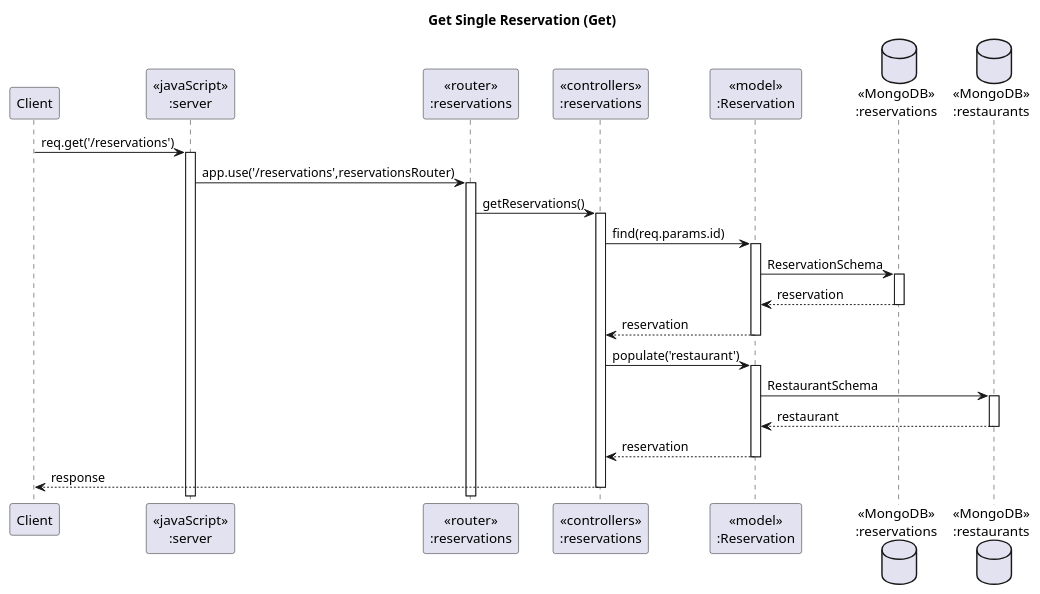
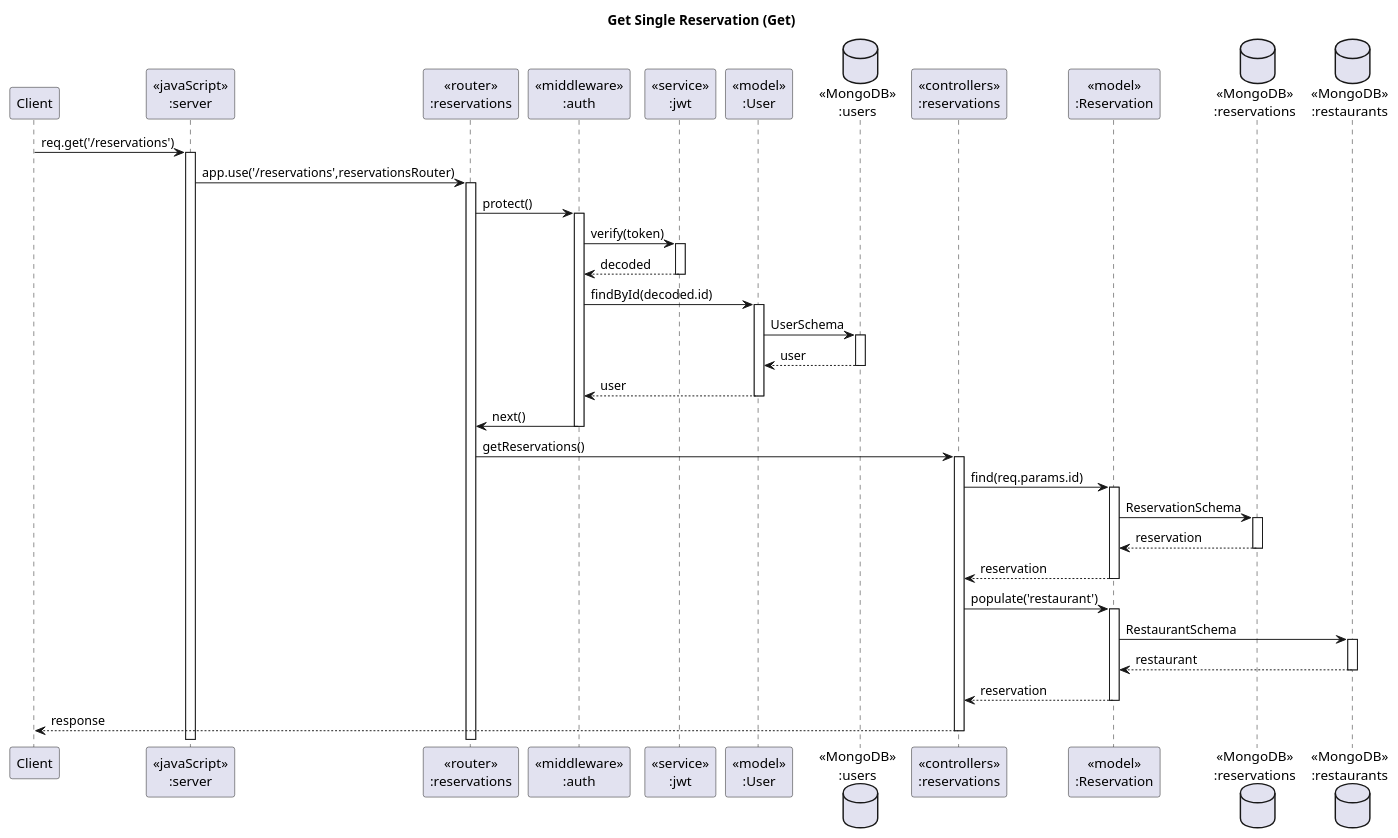
Before and after one commit to phumipatc/restaurant-reservator: the diagram in diagrams/sequenceDiagram/reservations/getone.puml, drawn with PlantUML. The commit also changed 5 other files, not shown here.

Commit message:
add middleware to reservation sequence diagram

```diff
--- a/diagrams/sequenceDiagram/reservations/getone.puml
+++ b/diagrams/sequenceDiagram/reservations/getone.puml
@@ -1,29 +1,42 @@
 @startuml Get Single Reservation (Get)
 
 ' header Sameple VacQ Sequence Diagram
 ' footer Page %page% of %lastpage%
 title "Get Single Reservation (Get)"
 
 participant "Client" as client
 participant "<<javaScript>>\n:server" as server
 participant "<<router>>\n:reservations" as reservationsRouter
+participant "<<middleware>>\n:auth" as authMiddleware
+participant "<<service>>\n:jwt" as jwtService
+participant "<<model>>\n:User" as userModel
+database "<<MongoDB>>\n:users" as users
 participant "<<controllers>>\n:reservations" as reservationsController
 participant "<<model>>\n:Reservation" as reservationModel
 database "<<MongoDB>>\n:reservations" as ReservationsDatabase
 database "<<MongoDB>>\n:restaurants" as RestaurantsDatabase
 
 client->server ++:req.get('/reservations')
 server->reservationsRouter ++:app.use('/reservations',reservationsRouter)
+
+reservationsRouter -> authMiddleware ++:protect()
+authMiddleware -> jwtService ++:verify(token)
+jwtService --> authMiddleware --:decoded
+authMiddleware -> userModel ++:findById(decoded.id)
+userModel -> users ++:UserSchema
+users --> userModel --:user
+userModel --> authMiddleware --:user
+authMiddleware -> reservationsRouter --:next()
 
 reservationsRouter -> reservationsController ++:getReservations()
 reservationsController->reservationModel ++:find(req.params.id)
 reservationModel ->ReservationsDatabase ++: ReservationSchema
 ReservationsDatabase --> reservationModel --: reservation
 reservationModel --> reservationsController --: reservation
 
 reservationsController -> reservationModel ++: populate('restaurant')
 reservationModel -> RestaurantsDatabase ++: RestaurantSchema
 RestaurantsDatabase --> reservationModel --: restaurant
 reservationModel --> reservationsController --: reservation
 reservationsController-->client --:response
 @enduml
```
